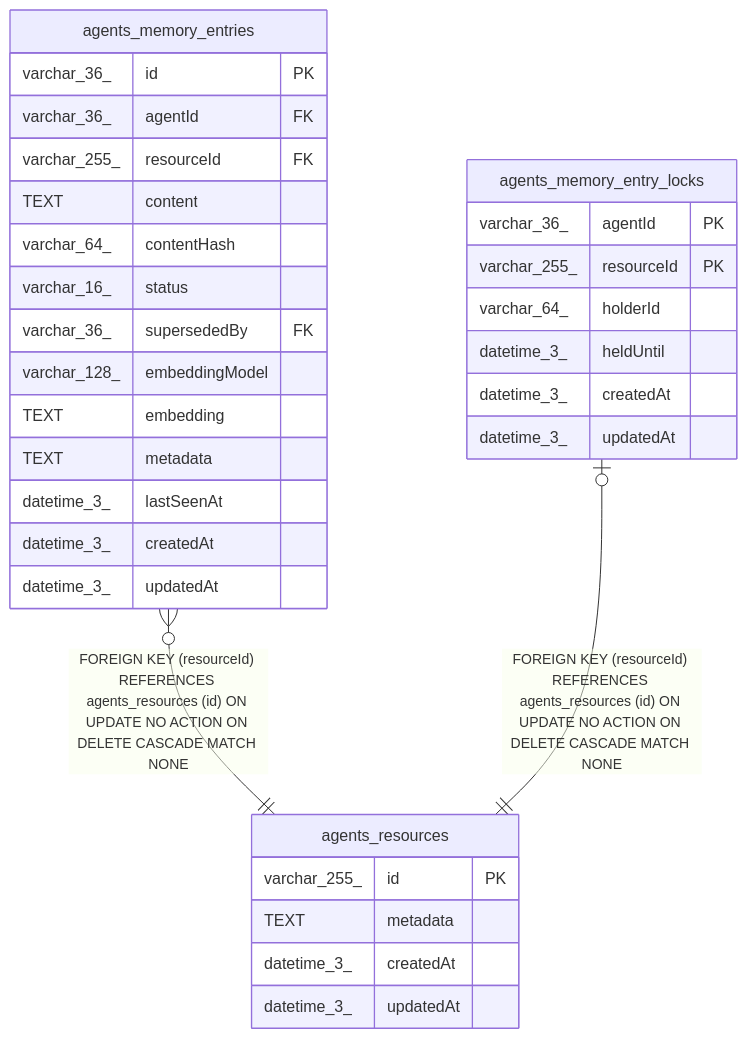
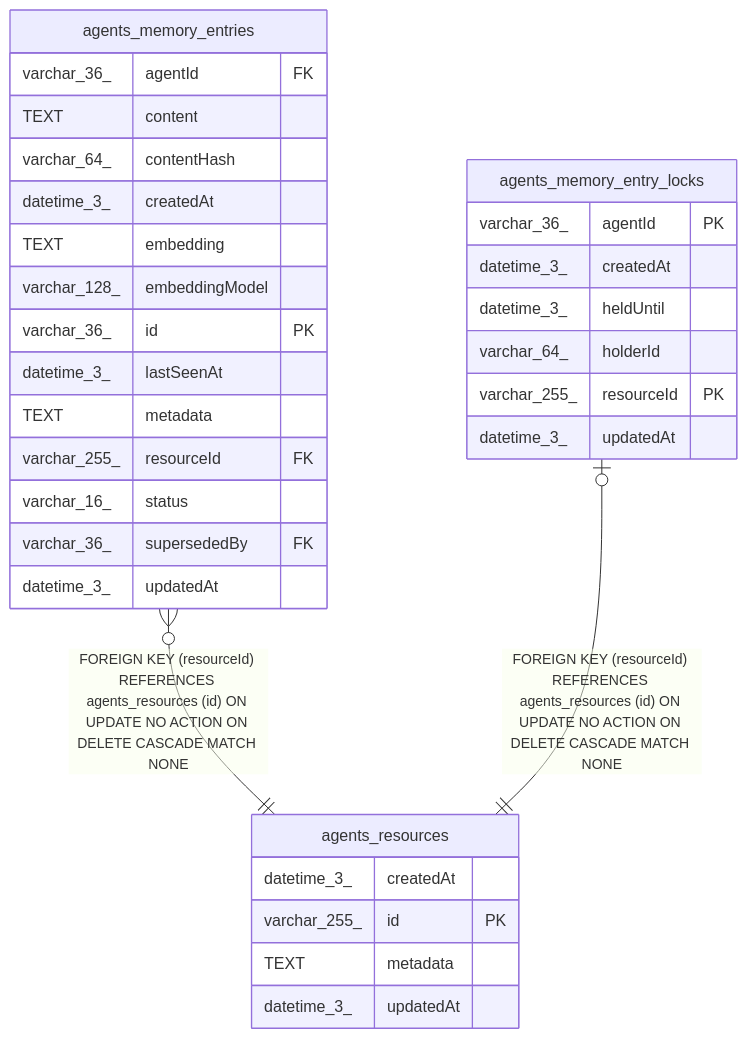
The diagram in docs/generated/sqlite-schema/agents_resources.md (mayankjain1815-commits/n8n), drawn with Mermaid before and after one commit. The commit also changed other lines of this file and 221 other files, not shown here.

Commit message:
chore(core): Make DB schema docs generation deterministic (#32373)

````diff
--- a/docs/generated/sqlite-schema/agents_resources.md
+++ b/docs/generated/sqlite-schema/agents_resources.md
@@ -38,36 +38,36 @@
 ```mermaid
 erDiagram
 
 "agents_memory_entries" }o--|| "agents_resources" : "FOREIGN KEY (resourceId) REFERENCES agents_resources (id) ON UPDATE NO ACTION ON DELETE CASCADE MATCH NONE"
 "agents_memory_entry_locks" |o--|| "agents_resources" : "FOREIGN KEY (resourceId) REFERENCES agents_resources (id) ON UPDATE NO ACTION ON DELETE CASCADE MATCH NONE"
 
 "agents_resources" {
+  datetime_3_ createdAt
   varchar_255_ id PK
   TEXT metadata
-  datetime_3_ createdAt
   datetime_3_ updatedAt
 }
 "agents_memory_entries" {
-  varchar_36_ id PK
   varchar_36_ agentId FK
-  varchar_255_ resourceId FK
   TEXT content
   varchar_64_ contentHash
+  datetime_3_ createdAt
+  TEXT embedding
+  varchar_128_ embeddingModel
+  varchar_36_ id PK
+  datetime_3_ lastSeenAt
+  TEXT metadata
+  varchar_255_ resourceId FK
   varchar_16_ status
   varchar_36_ supersededBy FK
-  varchar_128_ embeddingModel
-  TEXT embedding
-  TEXT metadata
-  datetime_3_ lastSeenAt
-  datetime_3_ createdAt
   datetime_3_ updatedAt
 }
 "agents_memory_entry_locks" {
   varchar_36_ agentId PK
+  datetime_3_ createdAt
+  datetime_3_ heldUntil
+  varchar_64_ holderId
   varchar_255_ resourceId PK
-  varchar_64_ holderId
-  datetime_3_ heldUntil
-  datetime_3_ createdAt
   datetime_3_ updatedAt
 }
 ```
````
